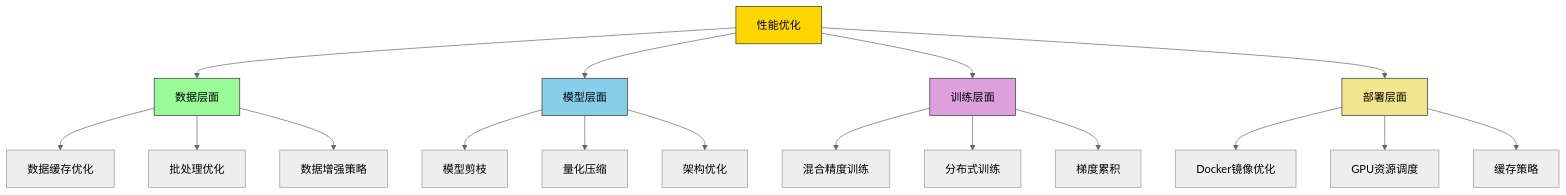
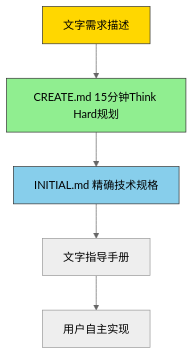
The sixth of 9 diagrams in README.md (ouyangshixiong/context-engineering-zh), drawn with Mermaid (neutral theme) before and after one commit. The commit also changed other lines of this file and 24 other files, not shown here.

````diff
--- a/README.md
+++ b/README.md
@@ -131,29 +370,11 @@
 ```mermaid
 graph TD
-    A[性能优化] --> B[数据层面]
-    A --> C[模型层面]
-    A --> D[训练层面]
-    A --> E[部署层面]
-    
-    B --> B1[数据缓存优化]
-    B --> B2[批处理优化]
-    B --> B3[数据增强策略]
-    
-    C --> C1[模型剪枝]
-    C --> C2[量化压缩]
-    C --> C3[架构优化]
-    
-    D --> D1[混合精度训练]
-    D --> D2[分布式训练]
-    D --> D3[梯度累积]
-    
-    E --> E1[Docker镜像优化]
-    E --> E2[GPU资源调度]
-    E --> E3[缓存策略]
+    A[文字需求描述] --> B[CREATE.md 15分钟Think Hard规划]
+    B --> C[INITIAL.md 精确技术规格]
+    C --> D[文字指导手册]
+    D --> E[用户自主实现]
     
     style A fill:#FFD700,stroke:#333
-    style B fill:#98FB98,stroke:#333
+    style B fill:#90EE90,stroke:#333
     style C fill:#87CEEB,stroke:#333
-    style D fill:#DDA0DD,stroke:#333
-    style E fill:#F0E68C,stroke:#333
 ```
````
